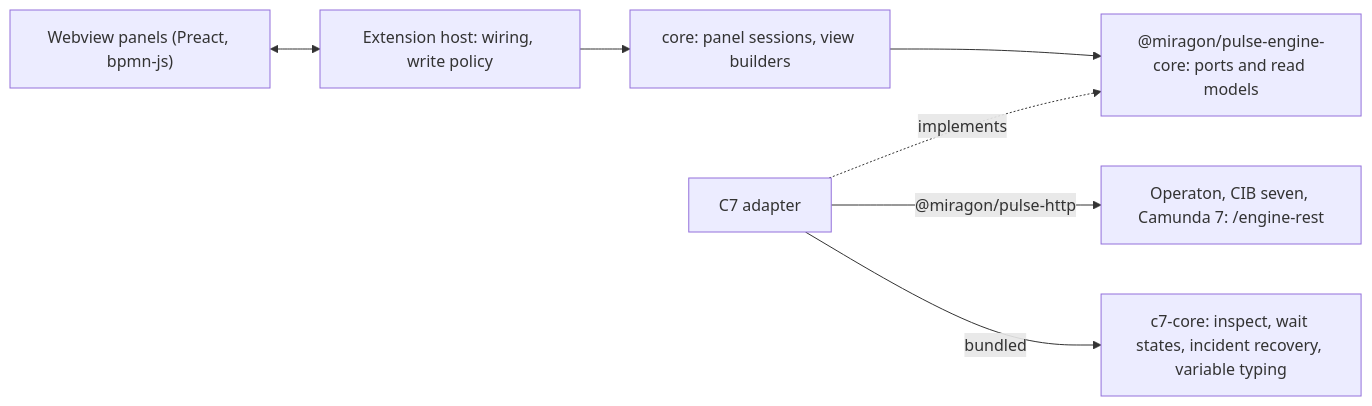
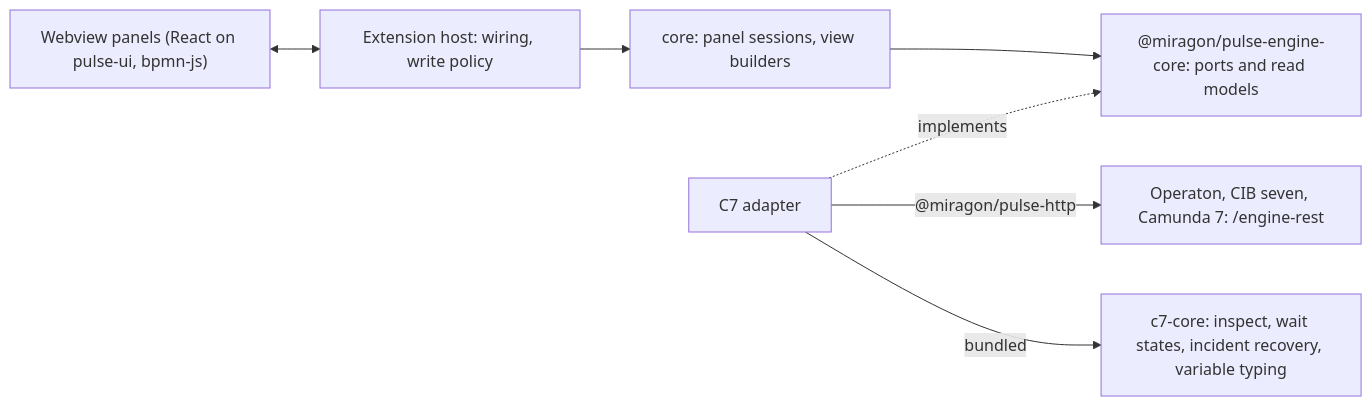
Before and after one commit to Miragon/pulse: the diagram in docs/vscode/architecture.md, drawn with Mermaid. The commit also changed other lines of this file and 164 other files, not shown here.

````diff
--- a/docs/vscode/architecture.md
+++ b/docs/vscode/architecture.md
@@ -12,9 +12,9 @@
 ```mermaid
 flowchart LR
-  webview["Webview panels (Preact, bpmn-js)"] <--> host["Extension host: wiring, write policy"]
+  webview["Webview panels (React on pulse-ui, bpmn-js)"] <--> host["Extension host: wiring, write policy"]
   host --> core["core: panel sessions, view builders"]
   core --> engineCore["@miragon/pulse-engine-core: ports and read models"]
   c7["C7 adapter"] -. implements .-> engineCore
   c7 -- "@miragon/pulse-http" --> engines["Operaton, CIB seven, Camunda 7: /engine-rest"]
   c7 -- bundled --> c7core["c7-core: inspect, wait states, incident recovery, variable typing"]
 ```
````
